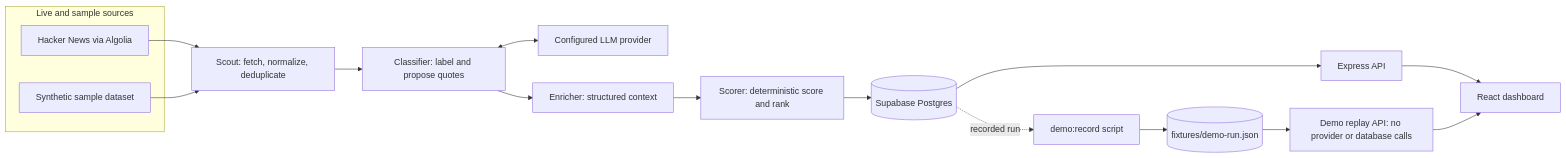
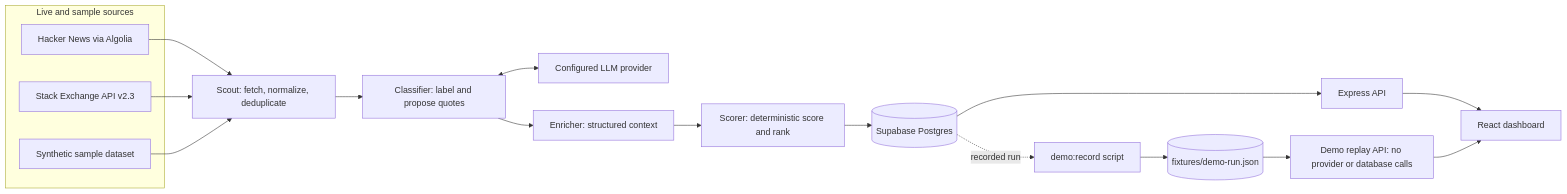
The diagram in README.md (Adhithyan-C/Vantage), drawn with Mermaid before and after one commit. The commit also changed other lines of this file and 19 other files, not shown here.

Commit message:
Phase 7B: Stack Exchange source

````diff
--- a/README.md
+++ b/README.md
@@ -9,20 +9,22 @@
 ```mermaid
 flowchart LR
   subgraph live[Live and sample sources]
     HN[Hacker News via Algolia]
+    SE[Stack Exchange API v2.3]
     Sample[Synthetic sample dataset]
   end
   HN --> Scout[Scout: fetch, normalize, deduplicate]
+  SE --> Scout
   Sample --> Scout
   Scout --> Classifier[Classifier: label and propose quotes]
   Classifier <--> LLM[Configured LLM provider]
   Classifier --> Enricher[Enricher: structured context]
   Enricher --> Scorer[Scorer: deterministic score and rank]
   Scorer --> DB[(Supabase Postgres)]
   DB --> API[Express API]
   API --> Web[React dashboard]
   DB -. recorded run .-> Record[demo:record script]
   Record --> Fixture[(fixtures/demo-run.json)]
   Fixture --> Replay[Demo replay API: no provider or database calls]
   Replay --> Web
 ```
````
